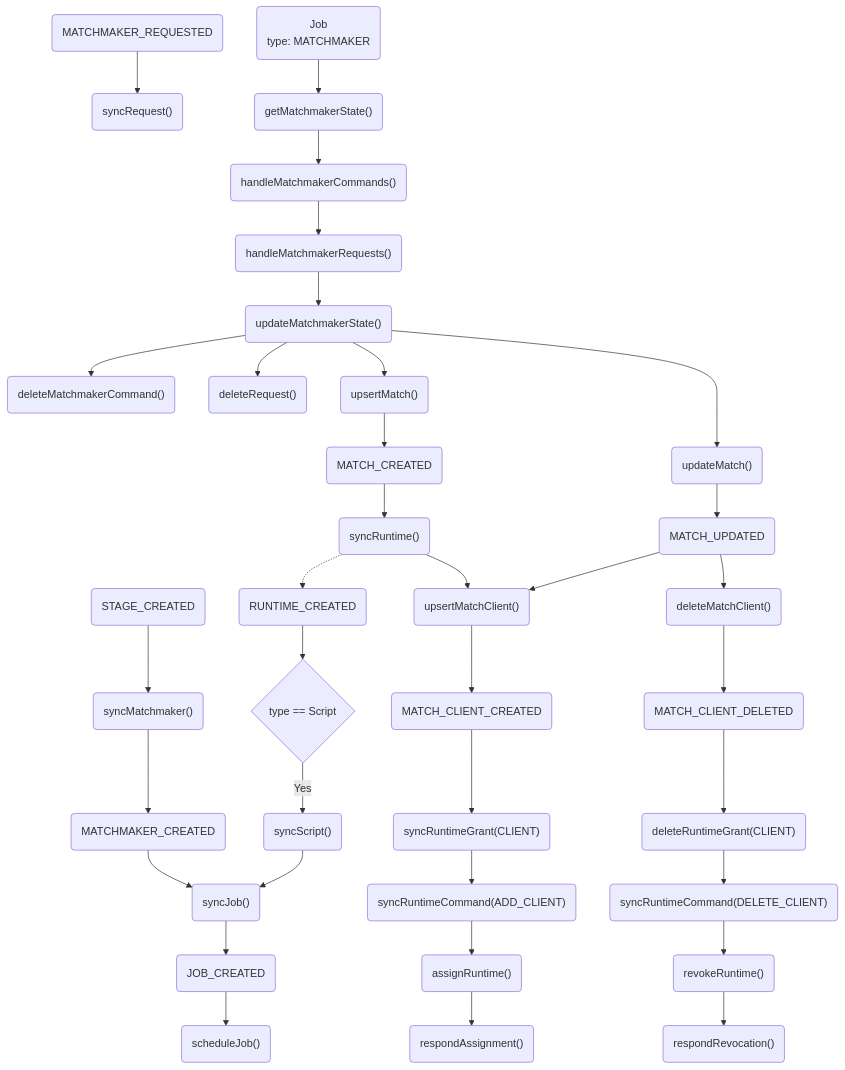
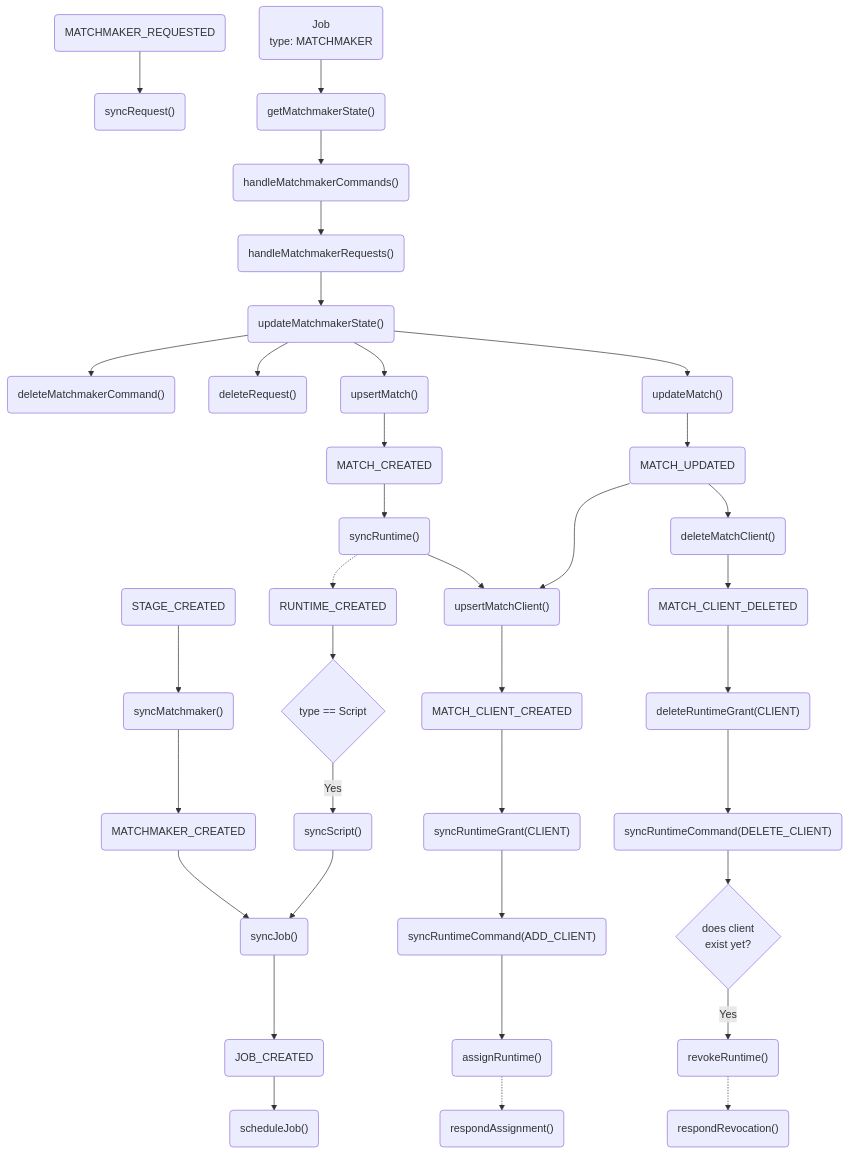
Before and after one commit to OMGSERVERS/omgservers: the diagram in omgservers-documentation/src/Matchmaking.md, drawn with Mermaid. The commit also changed 38 other files, not shown here.

Commit message:
Revoke runtime and notify client

````diff
--- a/omgservers-documentation/src/Matchmaking.md
+++ b/omgservers-documentation/src/Matchmaking.md
@@ -3,47 +3,48 @@
 ```mermaid
 graph TD;
 
 StageCreated(STAGE_CREATED) --> syncMatchmaker("syncMatchmaker()")
 syncMatchmaker("syncMatchmaker()") --> MatchmakerCreated(MATCHMAKER_CREATED)
 MatchmakerCreated(MATCHMAKER_CREATED) --> syncJob("syncJob()")
 
 MatchmakerRequested(MATCHMAKER_REQUESTED) --> syncRequest("syncRequest()")
 
 MatchmakerJob(Job<br/>type: MATCHMAKER) --> getMatchmakerState("getMatchmakerState()")
 getMatchmakerState("getMatchmakerState()") --> handleMatchmakerCommands("handleMatchmakerCommands()")
 handleMatchmakerCommands("handleMatchmakerCommands()") --> handleMatchmakerRequests("handleMatchmakerRequests()")
 handleMatchmakerRequests("handleMatchmakerRequests()") --> updateMatchmakerState("updateMatchmakerState()")
 
 updateMatchmakerState("updateMatchmakerState()") --> deleteMatchmakerCommand("deleteMatchmakerCommand()")
 updateMatchmakerState("updateMatchmakerState()") --> deleteRequest("deleteRequest()")
 
 updateMatchmakerState("updateMatchmakerState()") --> upserMatch("upserMatch()")
 upserMatch("upsertMatch()") --> MatchCreated(MATCH_CREATED)
 MatchCreated(MATCH_CREATED) --> syncRuntime("syncRuntime()")
 syncRuntime("syncRuntime()") -.-> RuntimeCreated(RUNTIME_CREATED)
 syncRuntime("syncRuntime()") --> upsertMatchClient("upsertMatchClient()")
 upsertMatchClient("upsertMatchClient()") --> MatchClientCreated(MATCH_CLIENT_CREATED)
 MatchClientCreated(MATCH_CLIENT_CREATED) --> syncRuntimeGrant("syncRuntimeGrant(CLIENT)")
 syncRuntimeGrant("syncRuntimeGrant(CLIENT)") --> syncAddClientRuntimeCommand("syncRuntimeCommand(ADD_CLIENT)")
 syncAddClientRuntimeCommand("syncRuntimeCommand(ADD_CLIENT)") --> assignRuntime("assignRuntime()")
-assignRuntime("assignRuntime()") --> respondAssignment("respondAssignment()")
+assignRuntime("assignRuntime()") -.-> respondAssignment("respondAssignment()")
 respondAssignment("respondAssignment()")
 
 RuntimeCreated(RUNTIME_CREATED) --> checkRuntimeType{"type == Script"}
 checkRuntimeType{"type == Script"} -- Yes --> syncScript("syncScript()")
 syncScript("syncScript()") --> syncJob("syncJob()")
 
 updateMatchmakerState("updateMatchmakerState()") --> updateMatch("updateMatch()")
 updateMatch("updateMatch()") --> MatchUpdated(MATCH_UPDATED)
 MatchUpdated(MATCH_UPDATED) --> upsertMatchClient("upsertMatchClient()")
 MatchUpdated(MATCH_UPDATED) --> deleteMatchClient("deleteMatchClient()")
 deleteMatchClient("deleteMatchClient()") --> MatchClientDeleted(MATCH_CLIENT_DELETED)
 MatchClientDeleted(MATCH_CLIENT_DELETED) --> deleteRuntimeGrant("deleteRuntimeGrant(CLIENT)")
 deleteRuntimeGrant("deleteRuntimeGrant(CLIENT)") --> syncDeleteClientRuntimeCommand("syncRuntimeCommand(DELETE_CLIENT)")
-syncDeleteClientRuntimeCommand("syncRuntimeCommand(DELETE_CLIENT)") --> revokeRuntime("revokeRuntime()")
-revokeRuntime("revokeRuntime()") --> respondRevocation("respondRevocation()")
+syncDeleteClientRuntimeCommand("syncRuntimeCommand(DELETE_CLIENT)") --> checkClient{"does client</br>exist yet?"}
+checkClient{"does client</br>exist yet?"} -- Yes --> revokeRuntime("revokeRuntime()")
+revokeRuntime("revokeRuntime()") -.-> respondRevocation("respondRevocation()")
 
 syncJob("syncJob()") --> JobCreated(JOB_CREATED)
 JobCreated(JOB_CREATED) --> scheduleJob("scheduleJob()")
 
 ```
````
